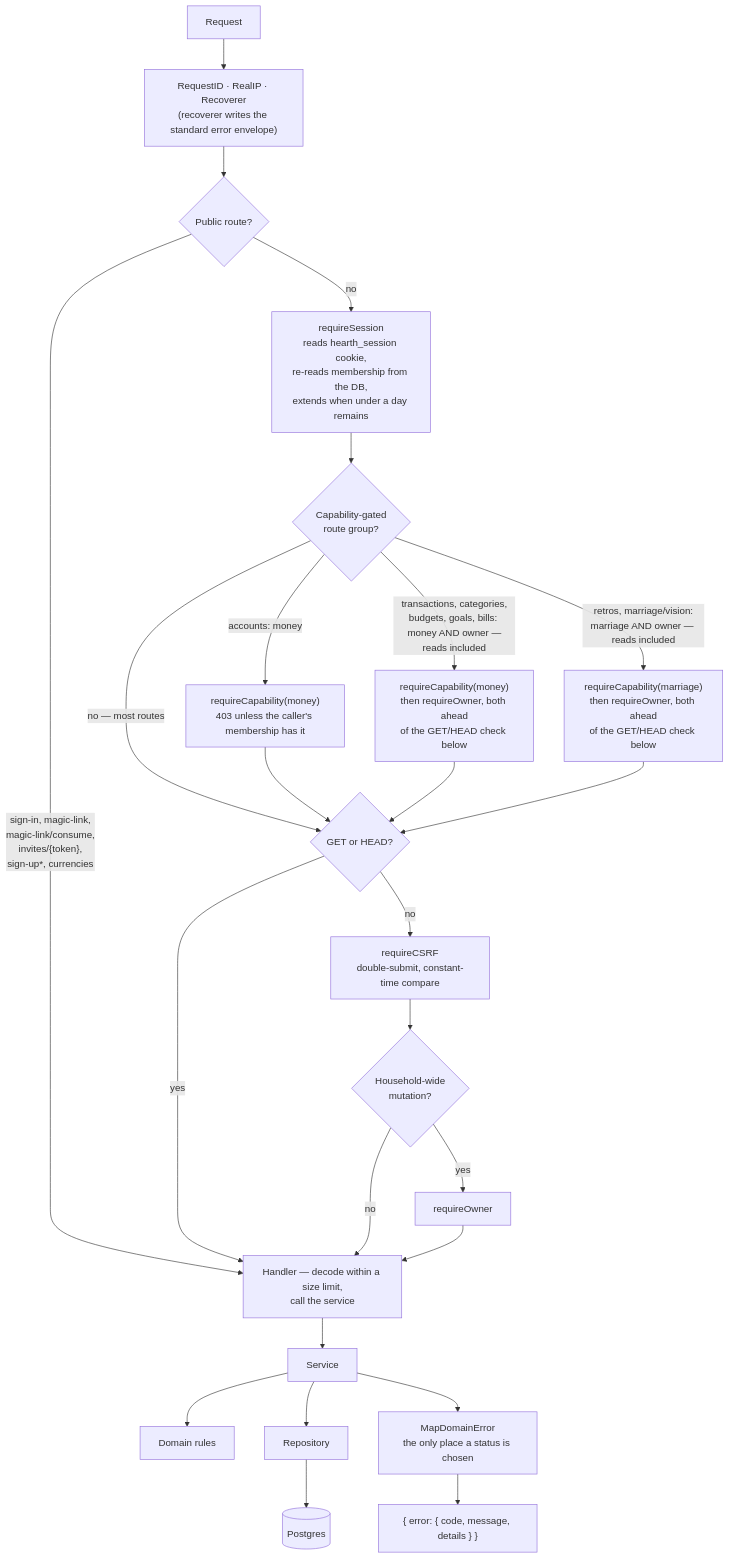
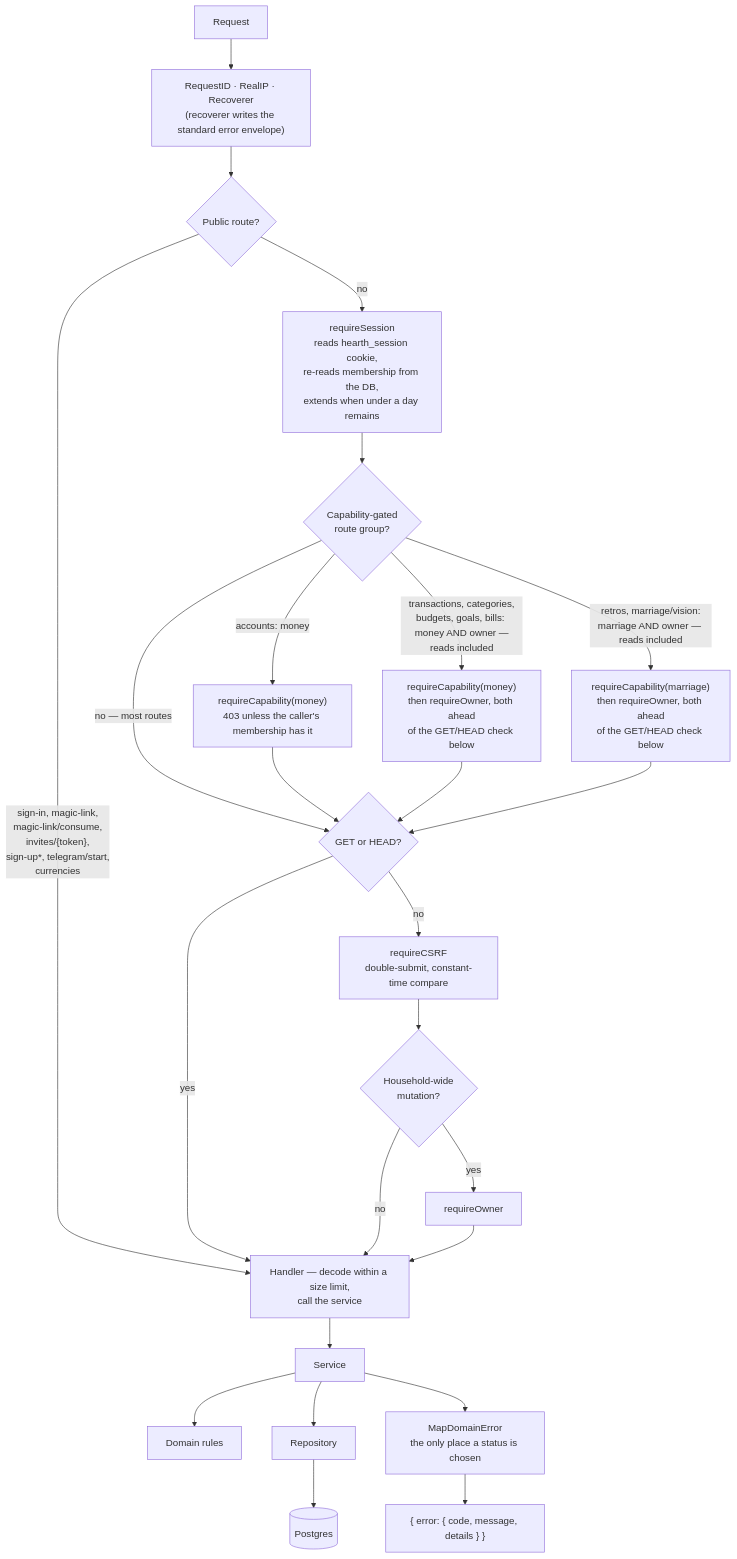
The fourth of 18 diagrams in docs/SYSTEM_DESIGN.md (oandrz/Household), drawn with Mermaid before and after one commit. The commit also changed other lines of this file and 57 other files, not shown here.

First line of the commit message:
Telegram sign-in — a way in when mail cannot leave the box (#14)

````diff
--- a/docs/SYSTEM_DESIGN.md
+++ b/docs/SYSTEM_DESIGN.md
@@ -401,31 +547,31 @@
 ```mermaid
 graph TD
     Req["Request"] --> RID["RequestID · RealIP · Recoverer<br/>(recoverer writes the standard error envelope)"]
     RID --> Public{"Public route?"}
 
-    Public -->|"sign-in, magic-link,<br/>magic-link/consume,<br/>invites/{token},<br/>sign-up*, currencies"| Handler
+    Public -->|"sign-in, magic-link,<br/>magic-link/consume,<br/>invites/{token},<br/>sign-up*, telegram/start,<br/>currencies"| Handler
     Public -->|no| Session["requireSession<br/>reads hearth_session cookie,<br/>re-reads membership from the DB,<br/>extends when under a day remains"]
 
     Session --> Cap{"Capability-gated<br/>route group?"}
     Cap -->|"accounts: money"| RequireCap["requireCapability(money)<br/>403 unless the caller's membership has it"]
     Cap -->|"transactions, categories,<br/>budgets, goals, bills: money AND owner —<br/>reads included"| RequireCapTxn["requireCapability(money)<br/>then requireOwner, both ahead<br/>of the GET/HEAD check below"]
     Cap -->|"retros, marriage/vision:<br/>marriage AND owner — reads included"| RequireCapRetro["requireCapability(marriage)<br/>then requireOwner, both ahead<br/>of the GET/HEAD check below"]
     Cap -->|"no — most routes"| Safe{"GET or HEAD?"}
     RequireCap --> Safe
     RequireCapTxn --> Safe
     RequireCapRetro --> Safe
     Safe -->|yes| Handler
     Safe -->|no| CSRF["requireCSRF<br/>double-submit, constant-time compare"]
 
     CSRF --> Owner{"Household-wide<br/>mutation?"}
     Owner -->|yes| RequireOwner["requireOwner"]
     Owner -->|no| Handler
     RequireOwner --> Handler
 
     Handler["Handler — decode within a size limit,<br/>call the service"] --> Service["Service"]
     Service --> Domain["Domain rules"]
     Service --> Repo["Repository"]
     Repo --> DB[("Postgres")]
     Service --> MapErr["MapDomainError<br/>the only place a status is chosen"]
     MapErr --> Resp["{ error: { code, message, details } }"]
 ```
````
